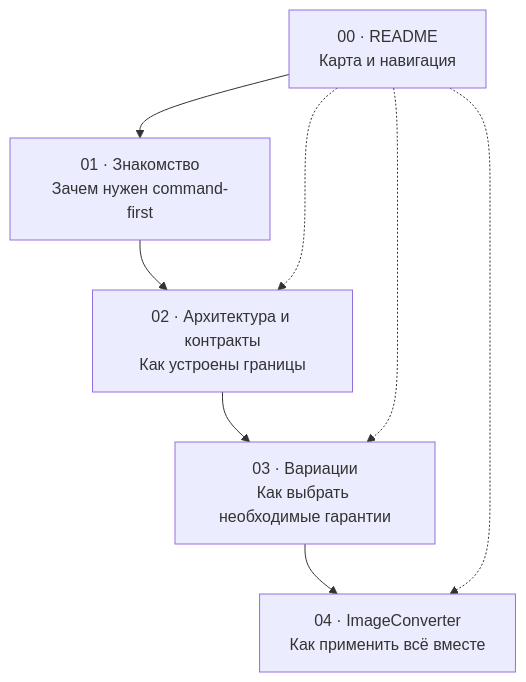
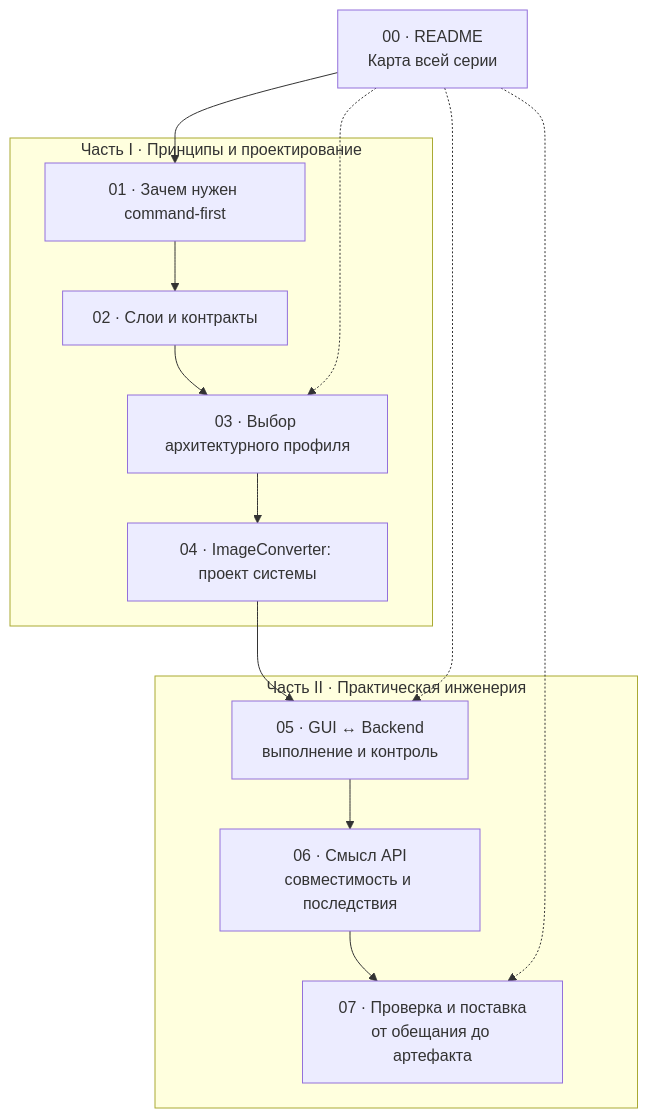
The first of 5 diagrams in pack/references/architecture/command-first/00_README.md (VladimirMonin/Project-Foundation-Kit), drawn with Mermaid before and after one commit. The commit also changed other lines of this file and 44 other files, not shown here.

````diff
--- a/pack/references/architecture/command-first/00_README.md
+++ b/pack/references/architecture/command-first/00_README.md
@@ -91,17 +80,25 @@
 ```mermaid
-flowchart TD
-    HOME["00 · README<br/>Карта и навигация"]
-    INTRO["01 · Знакомство<br/>Зачем нужен command-first"]
-    INTERNAL["02 · Архитектура и контракты<br/>Как устроены границы"]
-    OPTIONS["03 · Вариации<br/>Как выбрать необходимые гарантии"]
-    PRACTICE["04 · ImageConverter<br/>Как применить всё вместе"]
+flowchart TB
+    R["00 · README<br/>Карта всей серии"]
 
-    HOME --> INTRO
-    INTRO --> INTERNAL
-    INTERNAL --> OPTIONS
-    OPTIONS --> PRACTICE
+    subgraph BASE["Часть I · Принципы и проектирование"]
+        A["01 · Зачем нужен command-first"]
+        B["02 · Слои и контракты"]
+        C["03 · Выбор архитектурного профиля"]
+        D["04 · ImageConverter: проект системы"]
+        A --> B --> C --> D
+    end
 
-    HOME -.-> INTERNAL
-    HOME -.-> OPTIONS
-    HOME -.-> PRACTICE
+    subgraph REAL["Часть II · Практическая инженерия"]
+        E["05 · GUI ↔ Backend<br/>выполнение и контроль"]
+        F["06 · Смысл API<br/>совместимость и последствия"]
+        G["07 · Проверка и поставка<br/>от обещания до артефакта"]
+        E --> F --> G
+    end
+
+    R --> A
+    D --> E
+    R -.-> C
+    R -.-> E
+    R -.-> G
 ```
````
